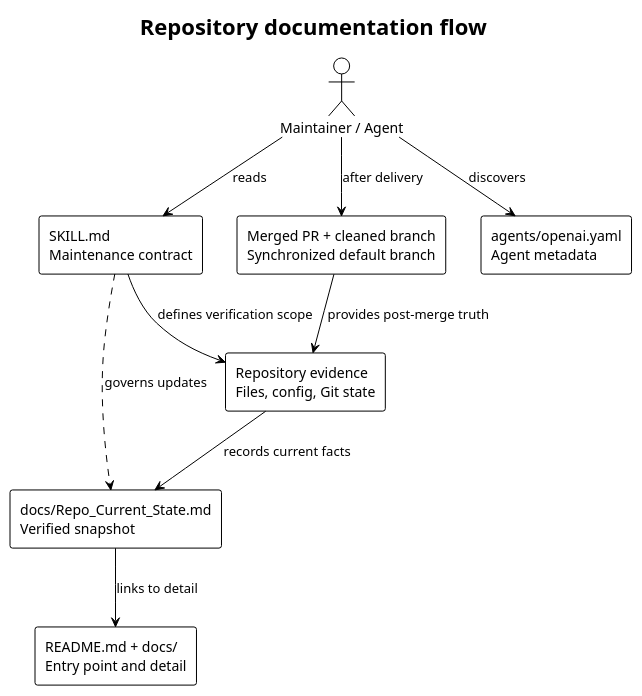
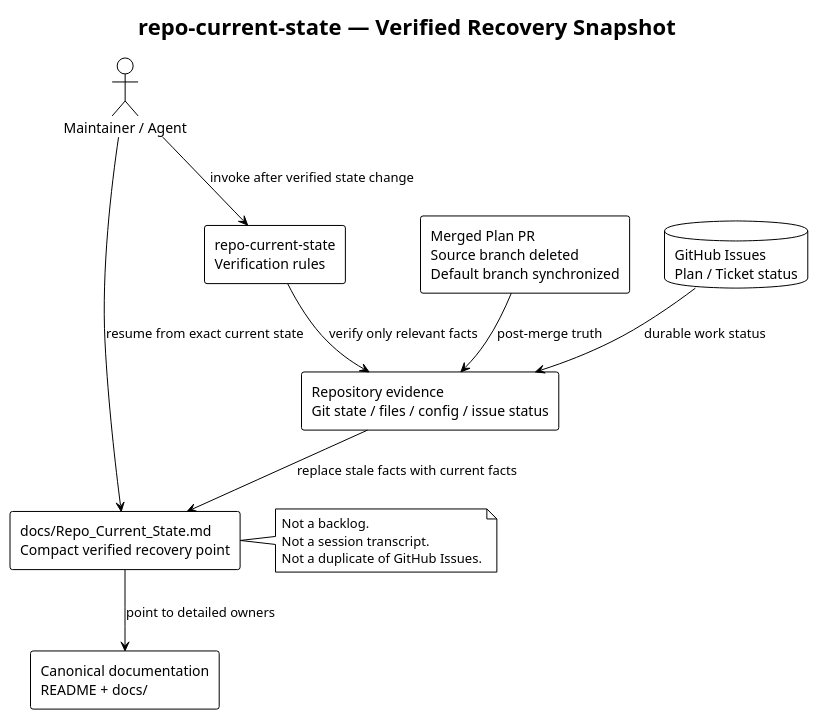
One commit to i-zrhe2016/codex-development-workflow changed the diagram in docs/skills/repo-current-state/diagrams/repository-state.puml. Above: the diagram before and after it, drawn with PlantUML. The commit also changed 30 other files, not shown here.

First line of the commit message:
Normalize diagrams and documentation with PlantUML (#150)

```diff
--- a/docs/skills/repo-current-state/diagrams/repository-state.puml
+++ b/docs/skills/repo-current-state/diagrams/repository-state.puml
@@ -1,24 +1,30 @@
 @startuml
 !theme plain
 top to bottom direction
+skinparam shadowing false
+skinparam defaultFontName Arial
 
-title Repository documentation flow
+title repo-current-state — Verified Recovery Snapshot
 
 actor "Maintainer / Agent" as maintainer
-rectangle "SKILL.md\nMaintenance contract" as skill
-rectangle "Repository evidence\nFiles, config, Git state" as evidence
-rectangle "Merged PR + cleaned branch\nSynchronized default branch" as merged
-rectangle "docs/Repo_Current_State.md\nVerified snapshot" as state
-rectangle "README.md + docs/\nEntry point and detail" as docs
-rectangle "agents/openai.yaml\nAgent metadata" as metadata
+rectangle "Merged Plan PR\nSource branch deleted\nDefault branch synchronized" as delivery
+rectangle "Repository evidence\nGit state / files / config / issue status" as evidence
+rectangle "repo-current-state\nVerification rules" as skill
+rectangle "docs/Repo_Current_State.md\nCompact verified recovery point" as snapshot
+rectangle "Canonical documentation\nREADME + docs/" as docs
+database "GitHub Issues\nPlan / Ticket status" as issues
 
-maintainer --> skill : reads
-maintainer --> metadata : discovers
-maintainer --> merged : after delivery
-skill --> evidence : defines verification scope
-merged --> evidence : provides post-merge truth
-evidence --> state : records current facts
-state --> docs : links to detail
-skill ..> state : governs updates
+maintainer --> skill : invoke after verified state change
+delivery --> evidence : post-merge truth
+issues --> evidence : durable work status
+skill --> evidence : verify only relevant facts
+evidence --> snapshot : replace stale facts with current facts
+snapshot --> docs : point to detailed owners
+maintainer --> snapshot : resume from exact current state
 
+note right of snapshot
+Not a backlog.
+Not a session transcript.
+Not a duplicate of GitHub Issues.
+end note
 @enduml
```
